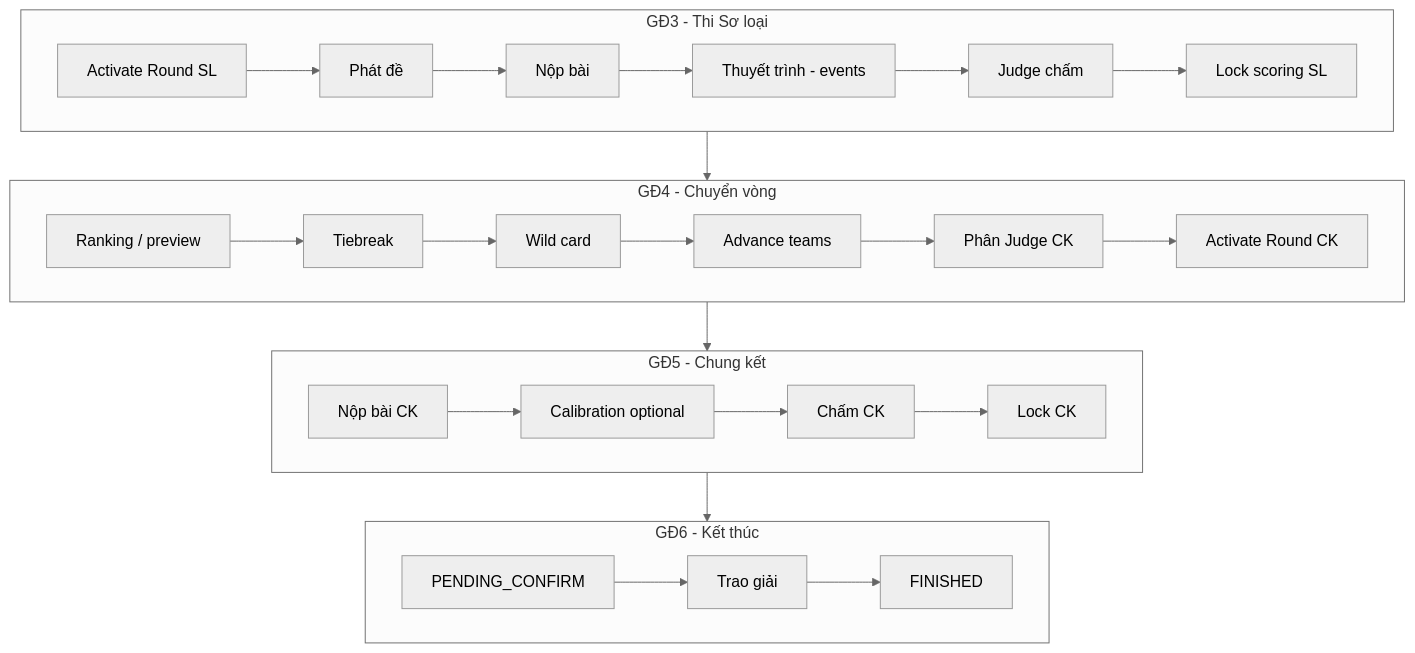
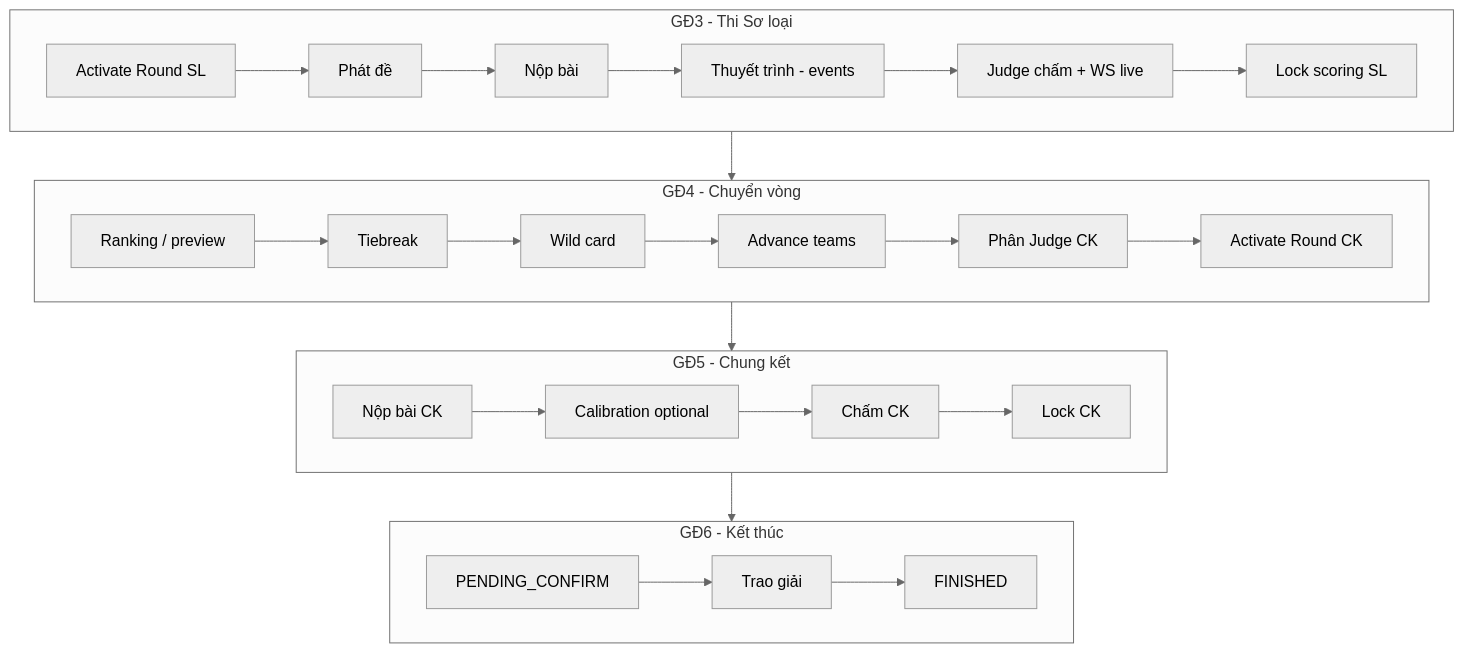
One commit to MANAGEMENT-SEAL-HACKATHON/BE changed the diagram in docs/mf03/02-mainflow-gd3.md. Above: the diagram before and after it, drawn with Mermaid (neutral theme). The commit also changed other lines of this file and 84 other files, not shown here.

````diff
--- a/docs/mf03/02-mainflow-gd3.md
+++ b/docs/mf03/02-mainflow-gd3.md
@@ -5,27 +5,27 @@
 ```mermaid
 flowchart TB
   subgraph G3[GĐ3 - Thi Sơ loại]
     A1[Activate Round SL] --> A2[Phát đề]
     A2 --> A3[Nộp bài]
     A3 --> A4[Thuyết trình - events]
-    A4 --> A5[Judge chấm]
+    A4 --> A5[Judge chấm + WS live]
     A5 --> A6[Lock scoring SL]
   end
   subgraph G4[GĐ4 - Chuyển vòng]
     B1[Ranking / preview] --> B2[Tiebreak]
     B2 --> B3[Wild card]
     B3 --> B4[Advance teams]
     B4 --> B5[Phân Judge CK]
     B5 --> B6[Activate Round CK]
   end
   subgraph G5[GĐ5 - Chung kết]
     C1[Nộp bài CK] --> C2[Calibration optional]
     C2 --> C3[Chấm CK]
     C3 --> C4[Lock CK]
   end
   subgraph G6[GĐ6 - Kết thúc]
     D1[PENDING_CONFIRM] --> D2[Trao giải]
     D2 --> D3[FINISHED]
   end
   G3 --> G4 --> G5 --> G6
 ```
````
